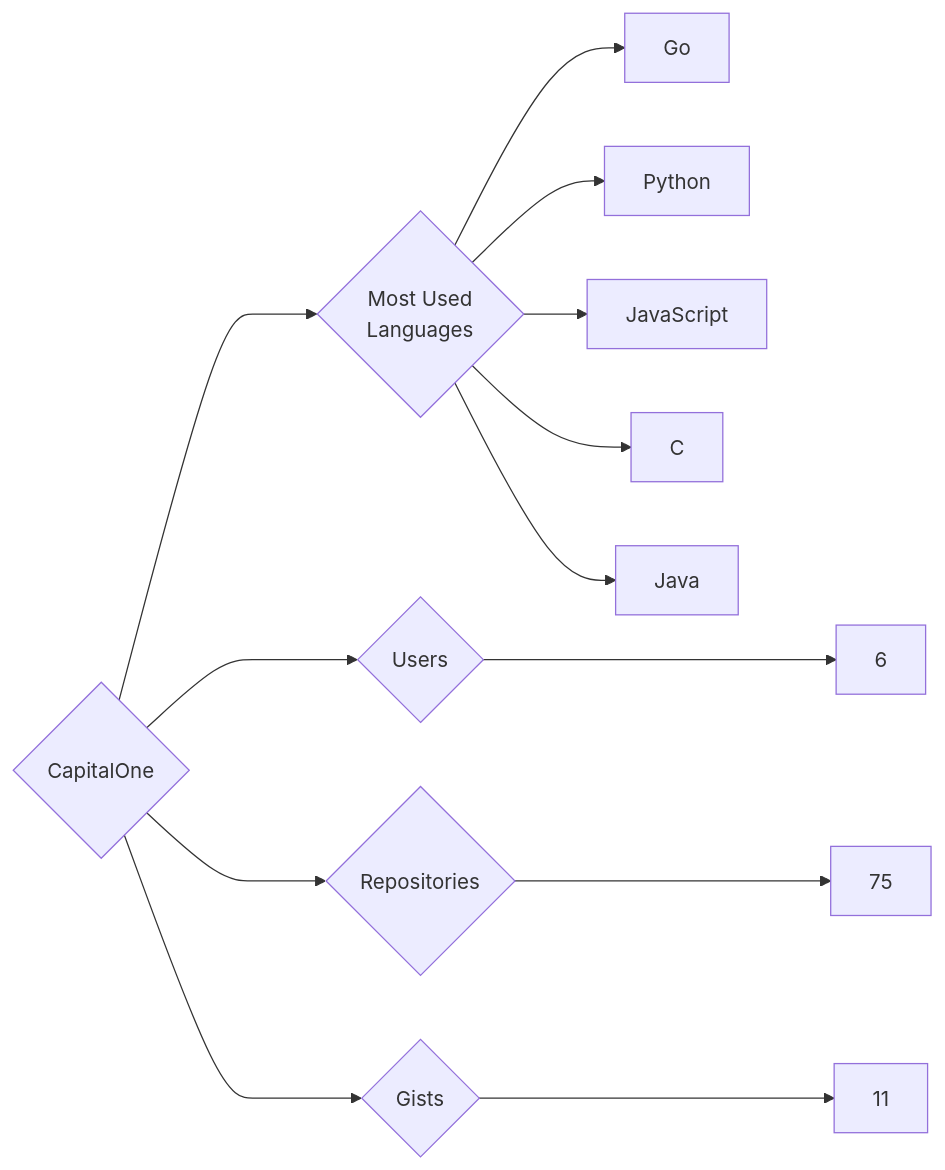
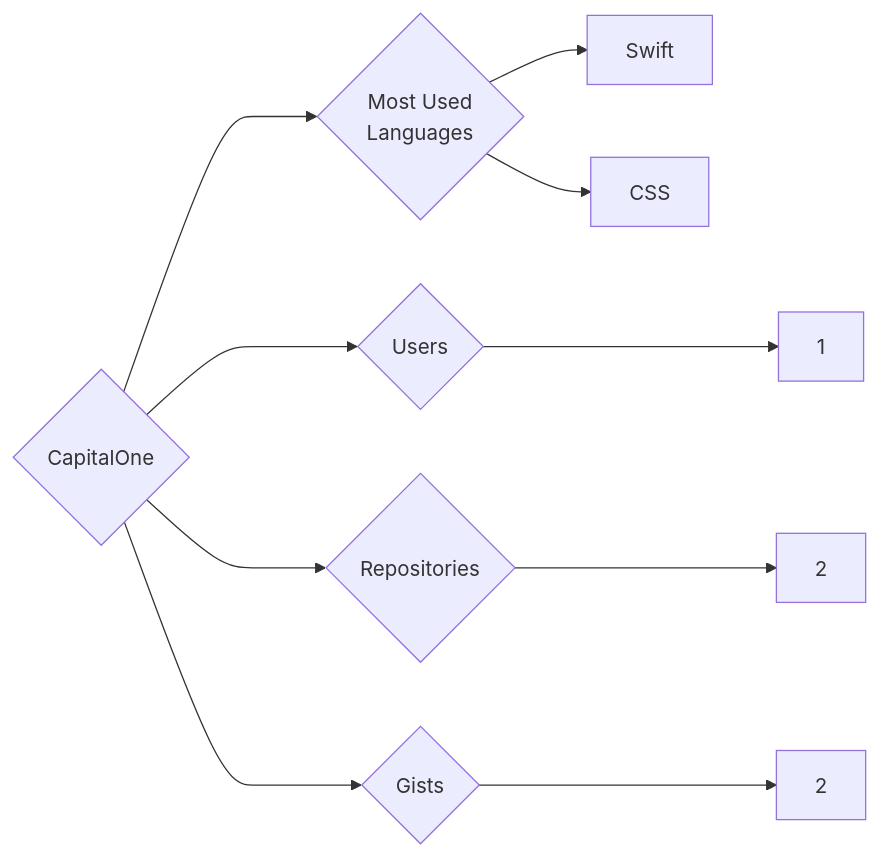
One commit to trickest/insiders changed the diagram in targets/CapitalOne/README.md. Above: the diagram before and after it, drawn with Mermaid. The commit also changed 934 other files, not shown here.

````diff
--- a/targets/CapitalOne/README.md
+++ b/targets/CapitalOne/README.md
@@ -3,13 +3,10 @@
 ```mermaid
 graph LR
 COMPANY_NAME{CapitalOne}
-COMPANY_NAME ---> U{Users} ---> UN[6]
-COMPANY_NAME ---> R{Repositories} ---> RN[75]
-COMPANY_NAME ---> G{Gists} ---> GN[11]
+COMPANY_NAME ---> U{Users} ---> UN[1]
+COMPANY_NAME ---> R{Repositories} ---> RN[2]
+COMPANY_NAME ---> G{Gists} ---> GN[2]
 COMPANY_NAME ---> ML{Most Used<br>Languages}
-ML --> Go[Go]
-ML --> Python[Python]
-ML --> JavaScript[JavaScript]
-ML --> C[C]
-ML --> Java[Java]
+ML --> Swift[Swift]
+ML --> CSS[CSS]
 ```
````
